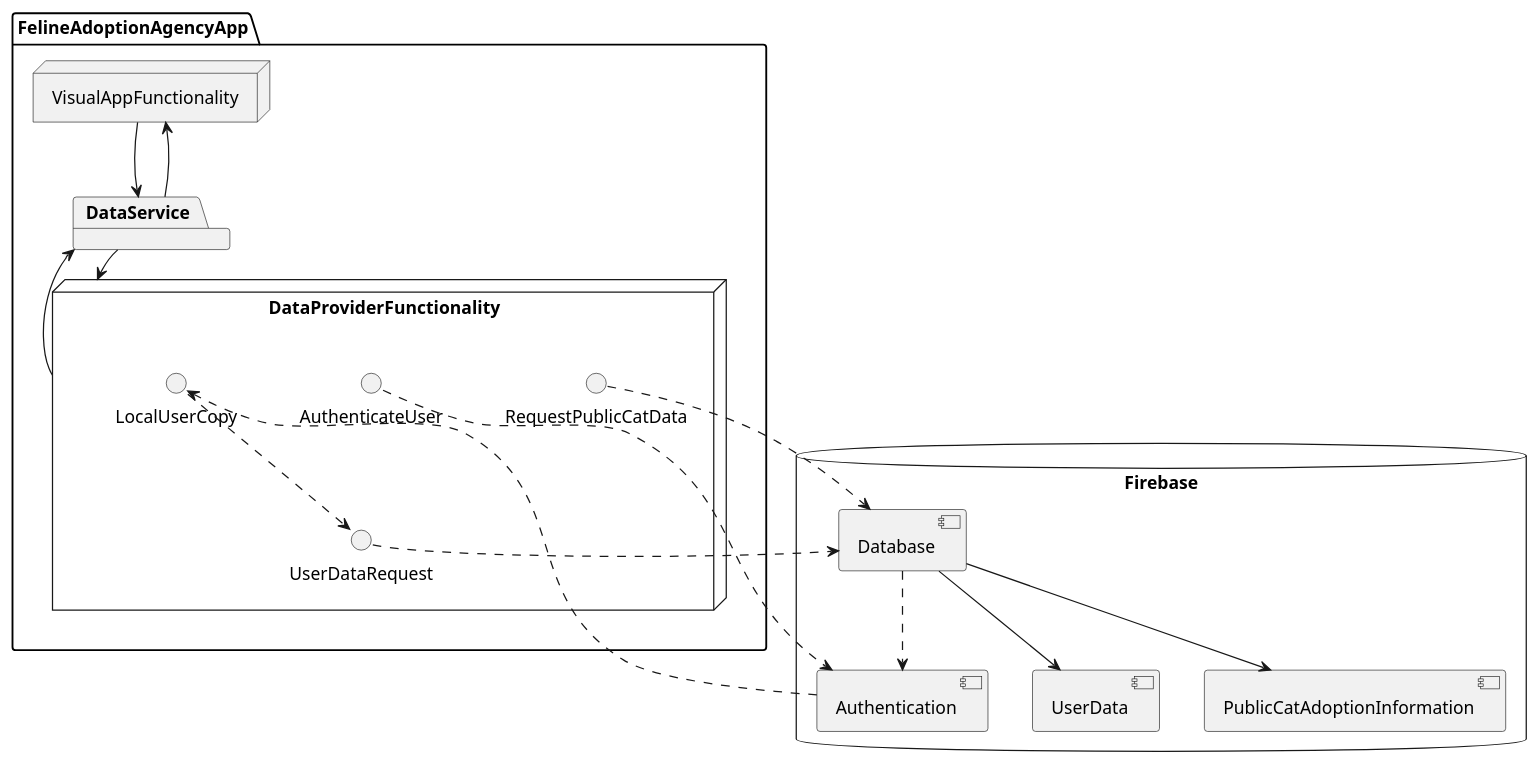
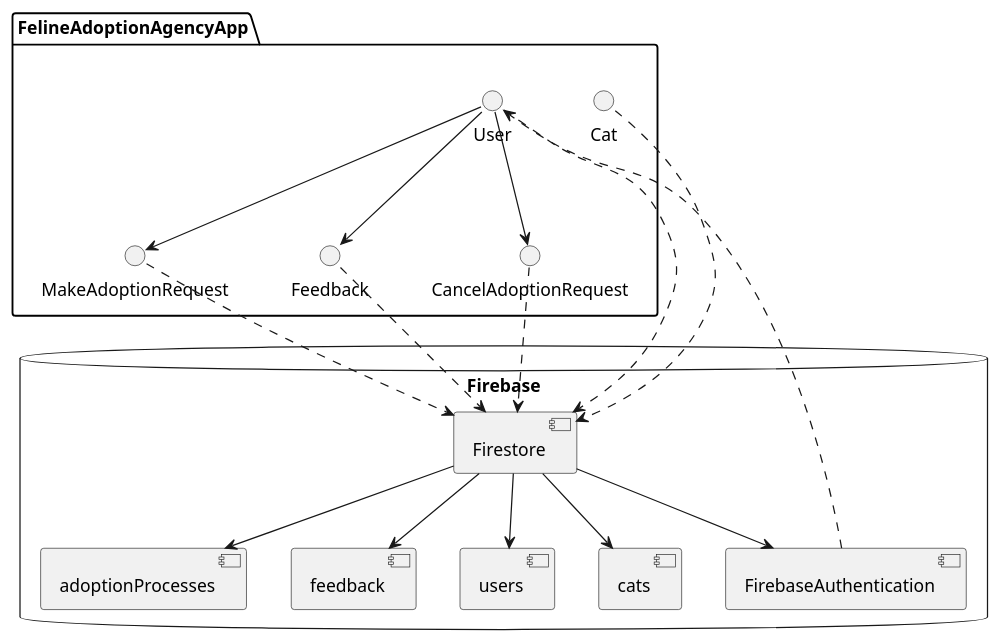
The diagram in Documentation/UML/UML Component Diagram.plantuml (Pasarus/FelineAdoptionAgencyMajorProject), drawn with PlantUML before and after one commit. The commit also changed 3 other files, not shown here.

Commit message:
Update Diagrams

```diff
--- a/Documentation/UML/UML Component Diagram.plantuml
+++ b/Documentation/UML/UML Component Diagram.plantuml
@@ -1,31 +1,25 @@
 @startuml ComponentDiagram
 
 database Firebase {
-    [Authentication]
-    [Database]
-    [Database] --> [UserData]
-    [Database] --> [PublicCatAdoptionInformation]
-    [Database] ..> [Authentication]
+    [FirebaseAuthentication]
+    [Firestore]
+    [Firestore] --> [users]
+    [Firestore] --> [cats]
+    [Firestore] --> [adoptionProcesses]
+    [Firestore] --> [feedback]
+    [Firestore] --> [FirebaseAuthentication]
 }
 
 package FelineAdoptionAgencyApp {
-    node VisualAppFunctionality {
-    }
-    node DataProviderFunctionality {
-       AuthenticateUser ..> [Authentication]
-       [Authentication] ..> LocalUserCopy
-       LocalUserCopy ..> UserDataRequest
-       RequestPublicCatData ..> Database
-       UserDataRequest ..> Database
-    }
-    package DataService {
-        
-    }
+       [FirebaseAuthentication] ..> User
+       User ..> Firestore
+       User --> MakeAdoptionRequest
+       User --> Feedback
+       User --> CancelAdoptionRequest
+       CancelAdoptionRequest ..> Firestore
+       Feedback ..> Firestore
+       MakeAdoptionRequest ..> Firestore
+       Cat ..> Firestore
 }
 
-VisualAppFunctionality --> DataService
-DataService --> DataProviderFunctionality
-DataProviderFunctionality --> DataService
-DataService --> VisualAppFunctionality
-
 @enduml
```
